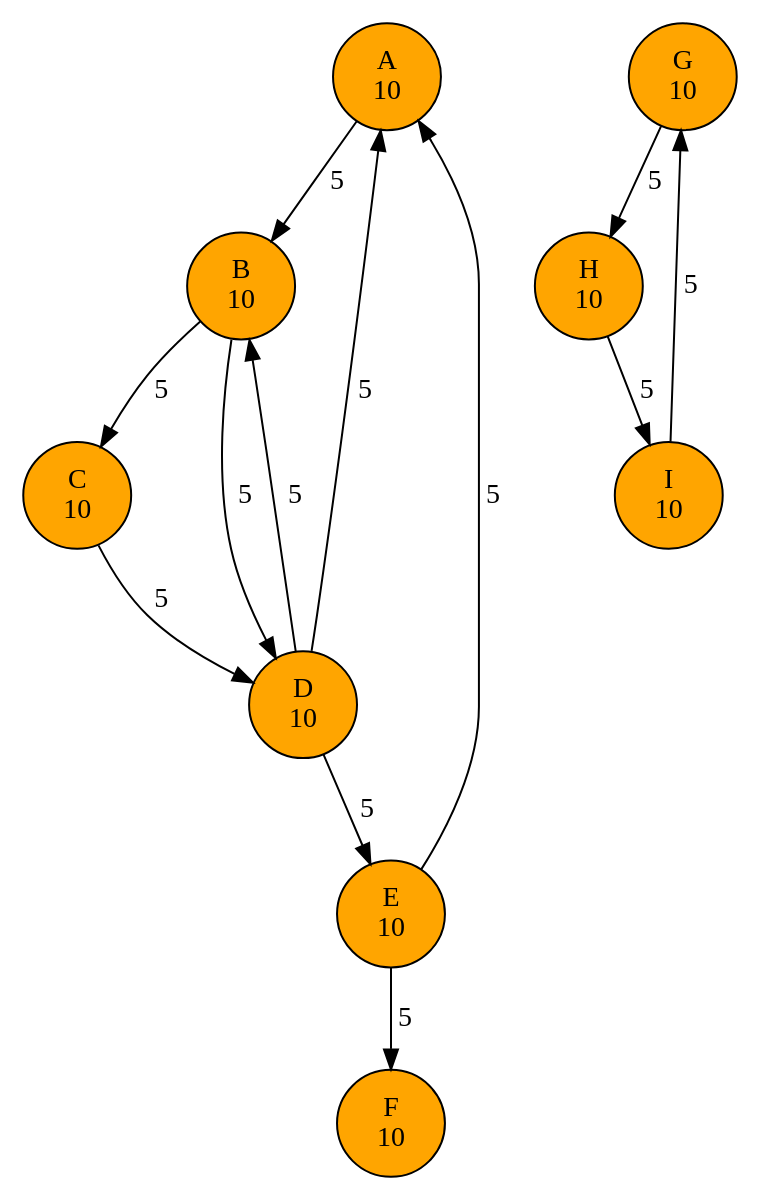
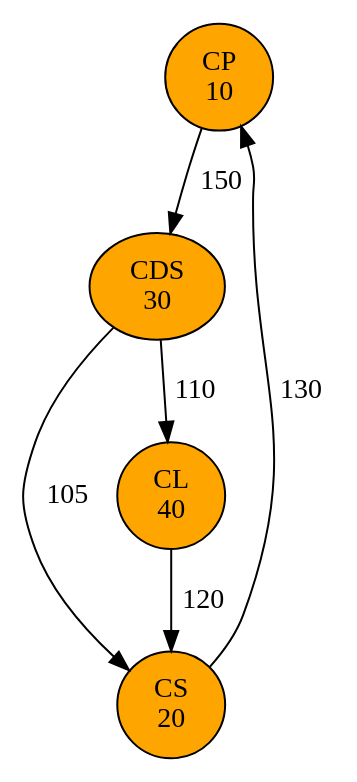
Before and after one commit to fhennecker/Projet-Algo: the diagram in graph.dot, drawn with Graphviz. The commit also changed 6 other files, not shown here.

Commit message:
Added reduceCycles, corrected testenonce.txt, modified graphToImage to allow filename in parameter

```diff
--- a/graph.dot
+++ b/graph.dot
@@ -1,56 +1,25 @@
 digraph G {
-"A
+"CP
 10" [style=filled, fillcolor = orange]
-    "A
-10" -> "B
-10"[label=" 5"];
-"B
-10" [style=filled, fillcolor = orange]
-    "B
-10" -> "C
-10"[label=" 5"];
-    "B
-10" -> "D
-10"[label=" 5"];
-"C
-10" [style=filled, fillcolor = orange]
-    "C
-10" -> "D
-10"[label=" 5"];
-"D
-10" [style=filled, fillcolor = orange]
-    "D
-10" -> "B
-10"[label=" 5"];
-    "D
-10" -> "A
-10"[label=" 5"];
-    "D
-10" -> "E
-10"[label=" 5"];
-"E
-10" [style=filled, fillcolor = orange]
-    "E
-10" -> "F
-10"[label=" 5"];
-    "E
-10" -> "A
-10"[label=" 5"];
-"F
-10" [style=filled, fillcolor = orange]
-"G
-10" [style=filled, fillcolor = orange]
-    "G
-10" -> "H
-10"[label=" 5"];
-"H
-10" [style=filled, fillcolor = orange]
-    "H
-10" -> "I
-10"[label=" 5"];
-"I
-10" [style=filled, fillcolor = orange]
-    "I
-10" -> "G
-10"[label=" 5"];
+    "CP
+10" -> "CDS
+30"[label=" 150"];
+"CS
+20" [style=filled, fillcolor = orange]
+    "CS
+20" -> "CP
+10"[label=" 130"];
+"CDS
+30" [style=filled, fillcolor = orange]
+    "CDS
+30" -> "CL
+40"[label=" 110"];
+    "CDS
+30" -> "CS
+20"[label=" 105"];
+"CL
+40" [style=filled, fillcolor = orange]
+    "CL
+40" -> "CS
+20"[label=" 120"];
 }
```
